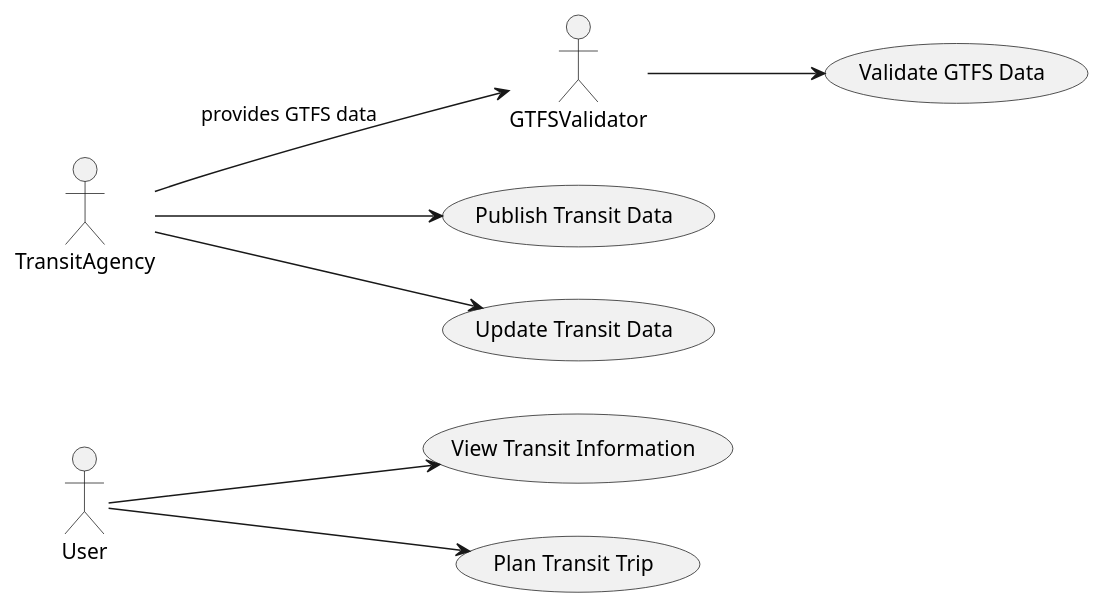
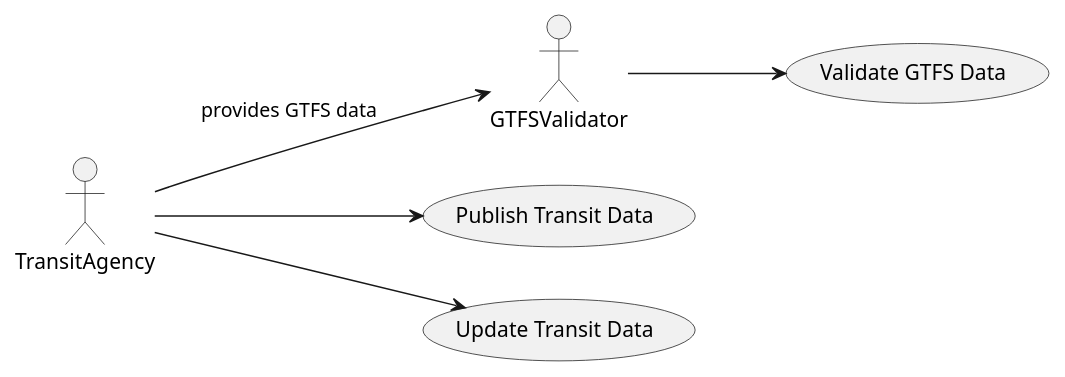
The first of 2 diagrams in Writerside/topics/use-case.md (naviqore/documentation), drawn with PlantUML before and after one commit. The commit also changed other lines of this file and 20 other files, not shown here.

````diff
--- a/Writerside/topics/use-case.md
+++ b/Writerside/topics/use-case.md
@@ -4,15 +7,12 @@
 ```plantuml
 @startuml
 left to right direction
-actor User
 actor TransitAgency
 actor GTFSValidator
 
-User --> (View Transit Information)
-User --> (Plan Transit Trip)
 TransitAgency --> (Publish Transit Data)
 TransitAgency --> (Update Transit Data)
 GTFSValidator --> (Validate GTFS Data)
 TransitAgency --> GTFSValidator : provides GTFS data
 @enduml
 ```
````
